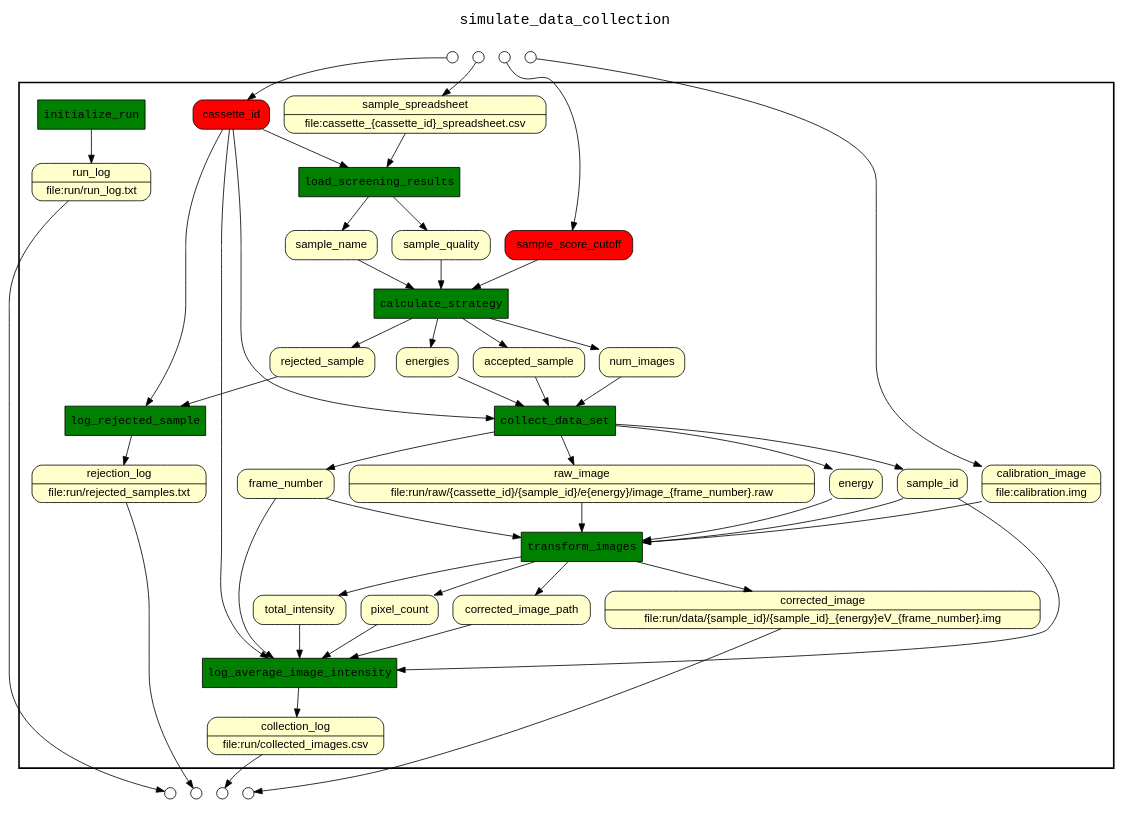
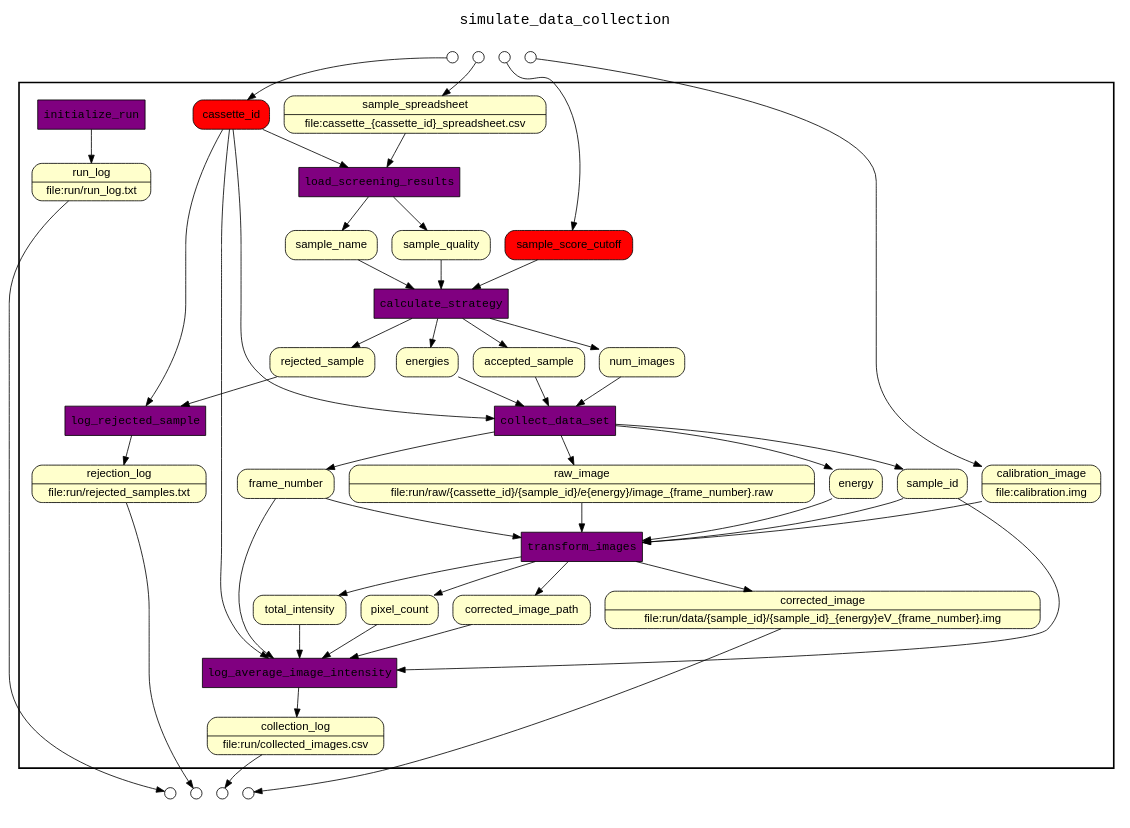
One commit to sycao5/Stylesheet-Processor-Project changed the diagram in output/comb.gv. Above: the diagram before and after it, drawn with Graphviz. The commit also changed 13 other files, not shown here.

```diff
--- a/output/comb.gv
+++ b/output/comb.gv
@@ -1,146 +1,146 @@
 /* Start of top-level graph */
 digraph Workflow {
 rankdir=TB
 
 
 /* Title for graph */
 fontname=Courier; fontsize=18; labelloc=t
 label=simulate_data_collection
 
 /* Start of double cluster for drawing box around nodes in workflow */
 subgraph cluster_workflow_box_outer { label=""; color=black; penwidth=2
 subgraph cluster_workflow_box_inner { label=""; color=white
 
 
-node[shape="box"	peripheries="1"	style="filled"	fontname="Courier"	fillcolor="green"	]
+node[shape="box"	peripheries="1"	style="filled"	fontname="Courier"	fillcolor="purple"	]
 initialize_run
 load_screening_results
 calculate_strategy
 log_rejected_sample
 collect_data_set
 transform_images
 log_average_image_intensity
 
 
 
 node[shape="box"	peripheries="1"	style="rounded,filled"	fontname="Helvetica"	fillcolor="#FFFFCC"	]
 corrected_image [shape=record rankdir=LR label="{<f0> corrected_image |<f1> file\:run/data/\{sample_id\}/\{sample_id\}_\{energy\}eV_\{frame_number\}.img}"]
 run_log [shape=record rankdir=LR label="{<f0> run_log |<f1> file\:run/run_log.txt}"]
 collection_log [shape=record rankdir=LR label="{<f0> collection_log |<f1> file\:run/collected_images.csv}"]
 rejection_log [shape=record rankdir=LR label="{<f0> rejection_log |<f1> file\:run/rejected_samples.txt}"]
 sample_spreadsheet [shape=record rankdir=LR label="{<f0> sample_spreadsheet |<f1> file\:cassette_\{cassette_id\}_spreadsheet.csv}"]
 sample_name
 sample_quality
 rejected_sample
 accepted_sample
 num_images
 energies
 sample_id
 energy
 frame_number
 raw_image [shape=record rankdir=LR label="{<f0> raw_image |<f1> file\:run/raw/\{cassette_id\}/\{sample_id\}/e\{energy\}/image_\{frame_number\}.raw}"]
 calibration_image [shape=record rankdir=LR label="{<f0> calibration_image |<f1> file\:calibration.img}"]
 corrected_image_path
 total_intensity
 pixel_count
 
 
 
 node[shape="box"	peripheries="1"	style="rounded,filled"	fontname="Helvetica"	fillcolor="#FF0000"	]
 cassette_id
 sample_score_cutoff
 
 
 
 initialize_run -> run_log
 load_screening_results -> sample_name
 load_screening_results -> sample_quality
 cassette_id -> load_screening_results
 sample_spreadsheet -> load_screening_results
 calculate_strategy -> accepted_sample
 calculate_strategy -> rejected_sample
 calculate_strategy -> num_images
 calculate_strategy -> energies
 sample_score_cutoff -> calculate_strategy
 sample_name -> calculate_strategy
 sample_quality -> calculate_strategy
 log_rejected_sample -> rejection_log
 cassette_id -> log_rejected_sample
 rejected_sample -> log_rejected_sample
 collect_data_set -> sample_id
 collect_data_set -> energy
 collect_data_set -> frame_number
 collect_data_set -> raw_image
 cassette_id -> collect_data_set
 accepted_sample -> collect_data_set
 num_images -> collect_data_set
 energies -> collect_data_set
 transform_images -> corrected_image
 transform_images -> corrected_image_path
 transform_images -> total_intensity
 transform_images -> pixel_count
 sample_id -> transform_images
 energy -> transform_images
 frame_number -> transform_images
 raw_image -> transform_images
 calibration_image -> transform_images
 log_average_image_intensity -> collection_log
 cassette_id -> log_average_image_intensity
 sample_id -> log_average_image_intensity
 frame_number -> log_average_image_intensity
 corrected_image_path -> log_average_image_intensity
 total_intensity -> log_average_image_intensity
 pixel_count -> log_average_image_intensity
 
 }}
 
 /* Hidden double-cluster for grouping workflow input ports */
 subgraph cluster_input_ports_group_outer { label=""; color=white
 subgraph cluster_input_ports_group_inner { label=""; color=white
 
 
 node[shape="circle"	width="0.2"	fontname="Helvetica"	fillcolor="#FFFFFF"	peripheries="1"	style="rounded,filled"	]
 cassette_id_input_port[label=""]
 sample_score_cutoff_input_port[label=""]
 sample_spreadsheet_input_port[label=""]
 calibration_image_input_port[label=""]
 
 
 /* End of double-cluster for grouping workflow input ports */
 }}
 
 /* Hidden double-cluster for grouping workflow output ports */
 subgraph cluster_output_ports_group_outer { label=""; color=white
 subgraph cluster_output_ports_group_inner { label=""; color=white
 
 
 node[shape="circle"	width="0.2"	fontname="Helvetica"	fillcolor="#FFFFFF"	peripheries="1"	style="rounded,filled"	]
 corrected_image_output_port[label=""]
 run_log_output_port[label=""]
 collection_log_output_port[label=""]
 rejection_log_output_port[label=""]
 
 
 
 /* End of double-cluster for grouping workflow output ports */
 }}
 
 
 /* Edges from input ports to channels */
 cassette_id_input_port -> cassette_id
 sample_score_cutoff_input_port -> sample_score_cutoff
 sample_spreadsheet_input_port -> sample_spreadsheet
 calibration_image_input_port -> calibration_image
 
 
 
 /* Edges from channels to output ports */
 corrected_image -> corrected_image_output_port
 run_log -> run_log_output_port
 collection_log -> collection_log_output_port
 rejection_log -> rejection_log_output_port
 
 
 
 /* End of top-level graph */
 }
```
